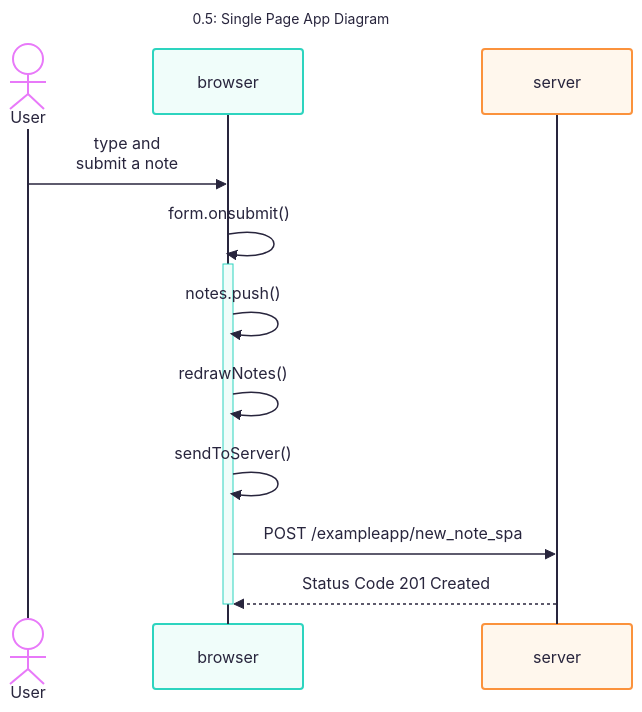
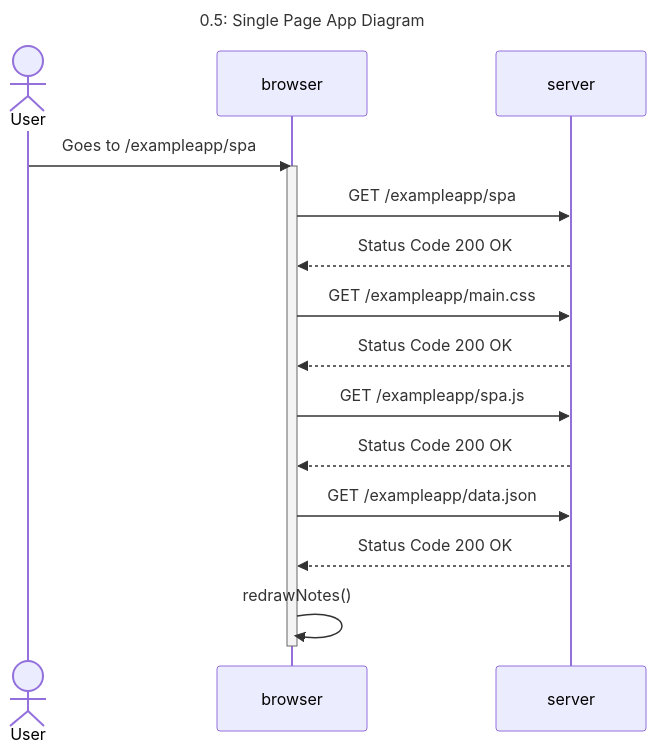
The diagram in part0/ex-0.5-single_page_app_diagram.md (lekoshimura/fullstackopen), drawn with Mermaid before and after one commit.

Commit message:
reviewed 0.5: Single page app diagram

````diff
--- a/part0/ex-0.5-single_page_app_diagram.md
+++ b/part0/ex-0.5-single_page_app_diagram.md
@@ -5,22 +5,28 @@
 ```mermaid
 ---
-config:
-  theme: redux-color
-  look: classic
 title: '0.5: Single Page App Diagram'
 ---
 sequenceDiagram
   actor User
   participant browser
   participant server
 
-  User ->> browser: type and<br />submit a note
-  browser ->> browser: form.onsubmit()
+  User ->> browser: Goes to /exampleapp/spa
   activate browser
-  browser ->> browser: notes.push()
+  
+  browser ->> server: GET /exampleapp/spa
+  server -->> browser: Status Code 200 OK
+
+  browser ->> server: GET /exampleapp/main.css
+  server -->> browser: Status Code 200 OK
+
+  browser ->> server: GET /exampleapp/spa.js
+  server -->> browser: Status Code 200 OK
+
+  browser ->> server: GET /exampleapp/data.json
+  server -->> browser: Status Code 200 OK
+  
   browser ->> browser: redrawNotes()
-  browser ->> browser: sendToServer()
-  browser ->> server: POST /exampleapp/new_note_spa
-  server -->> browser: Status Code 201 Created
+  
   deactivate browser
 ```
````
